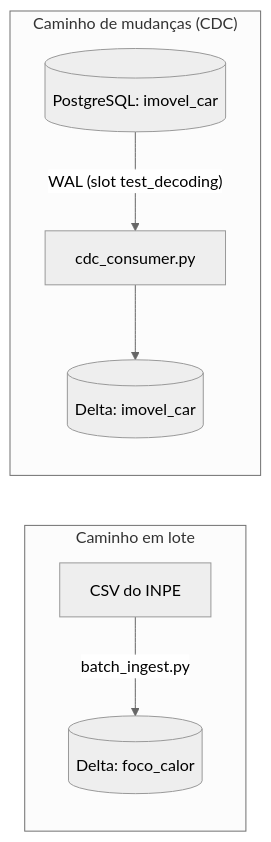
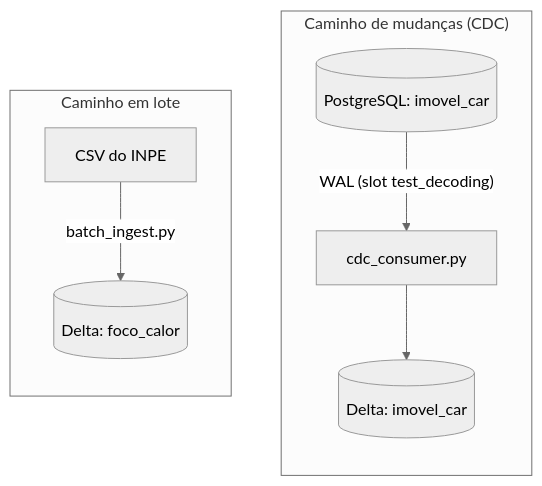
The diagram in docs/entrega/02/README.md (BeyondMagic/corta-fogo-df), drawn with Mermaid (neutral theme) before and after one commit. The commit also changed other lines of this file, not shown here.

Commit message:
refactor(docs): simplify architecture decision summary

````diff
--- a/docs/entrega/02/README.md
+++ b/docs/entrega/02/README.md
@@ -13,9 +13,12 @@
 ```mermaid
 flowchart LR
     subgraph lote["Caminho em lote"]
+        direction TB
         csv["CSV do INPE"] -->|"batch_ingest.py"| df[("Delta: foco_calor")]
     end
     subgraph cdc["Caminho de mudanças (CDC)"]
+        direction TB
         pg[("PostgreSQL: imovel_car")] -->|"WAL (slot test_decoding)"| cons["cdc_consumer.py"] --> di[("Delta: imovel_car")]
     end
+    csv ~~~ pg
 ```
````
